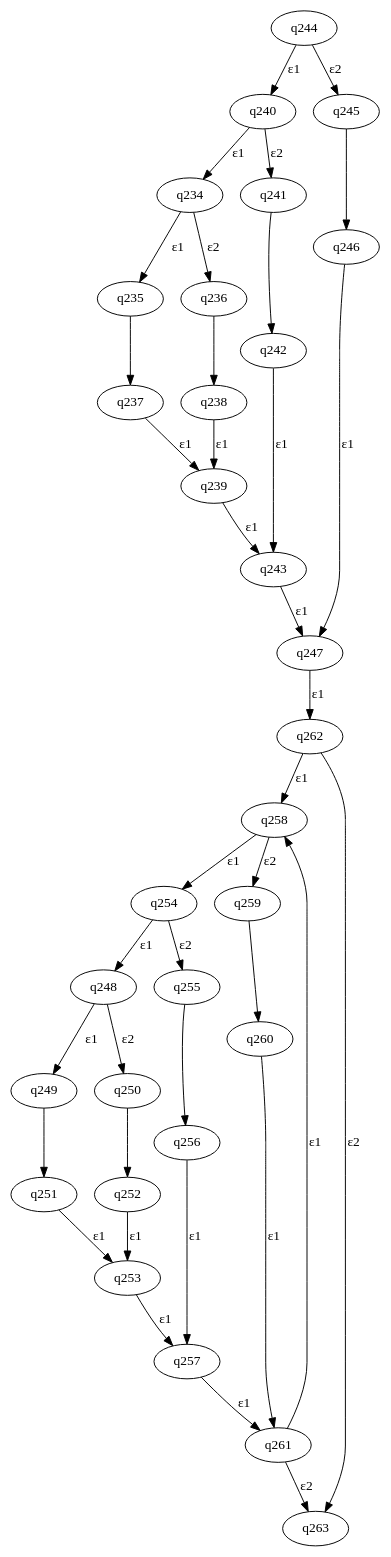
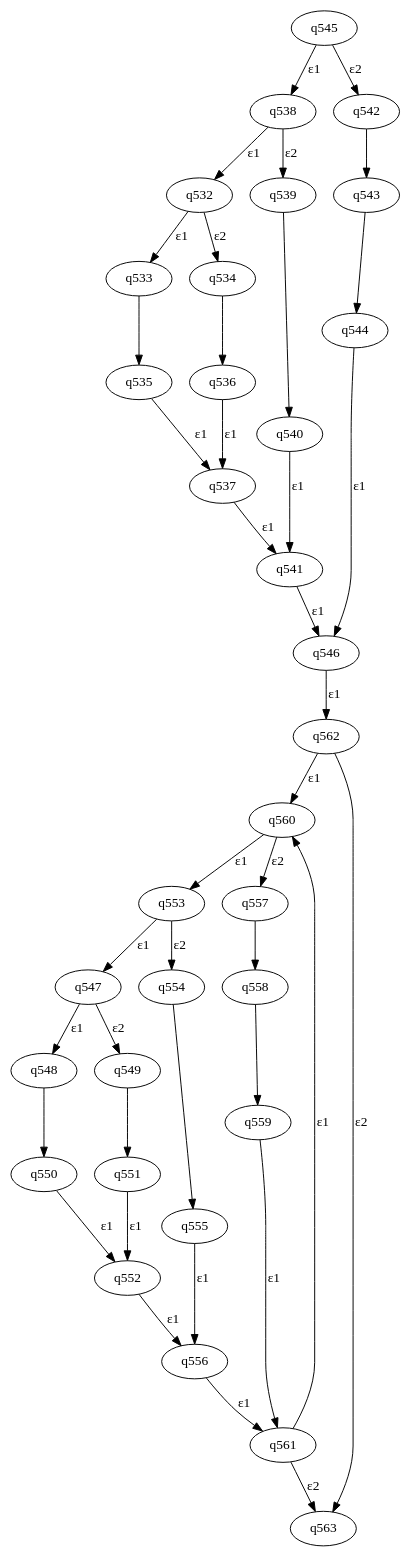
Before and after one commit to JUMPSTONIK/Proyecto---Compiladores: the diagram in AFNwhite.dot, drawn with Graphviz. The commit also changed 38 other files, not shown here.

```diff
--- a/AFNwhite.dot
+++ b/AFNwhite.dot
@@ -1,43 +1,45 @@
 digraph G{
-q234 -> q235 [label="ε1"]
-q234 -> q236 [label="ε2"]
-q235 -> q237 [label="
+q532 -> q533 [label="ε1"]
+q532 -> q534 [label="ε2"]
+q533 -> q535 [label="
 "]
-q236 -> q238 [label="
+q534 -> q536 [label="
 "]
-q237 -> q239 [label="ε1"]
-q238 -> q239 [label="ε1"]
-q240 -> q234 [label="ε1"]
-q240 -> q241 [label="ε2"]
-q241 -> q242 [label="	"]
-q242 -> q243 [label="ε1"]
-q239 -> q243 [label="ε1"]
-q244 -> q240 [label="ε1"]
-q244 -> q245 [label="ε2"]
-q245 -> q246 [label=" "]
-q246 -> q247 [label="ε1"]
-q243 -> q247 [label="ε1"]
-q248 -> q249 [label="ε1"]
-q248 -> q250 [label="ε2"]
-q249 -> q251 [label="
+q535 -> q537 [label="ε1"]
+q536 -> q537 [label="ε1"]
+q538 -> q532 [label="ε1"]
+q538 -> q539 [label="ε2"]
+q539 -> q540 [label="	"]
+q540 -> q541 [label="ε1"]
+q537 -> q541 [label="ε1"]
+q542 -> q543 [label=" "]
+q543 -> q544 [label=" "]
+q545 -> q538 [label="ε1"]
+q545 -> q542 [label="ε2"]
+q544 -> q546 [label="ε1"]
+q541 -> q546 [label="ε1"]
+q547 -> q548 [label="ε1"]
+q547 -> q549 [label="ε2"]
+q548 -> q550 [label="
 "]
-q250 -> q252 [label="
+q549 -> q551 [label="
 "]
-q251 -> q253 [label="ε1"]
-q252 -> q253 [label="ε1"]
-q254 -> q248 [label="ε1"]
-q254 -> q255 [label="ε2"]
-q255 -> q256 [label="	"]
-q256 -> q257 [label="ε1"]
-q253 -> q257 [label="ε1"]
-q258 -> q254 [label="ε1"]
-q258 -> q259 [label="ε2"]
-q259 -> q260 [label=" "]
-q260 -> q261 [label="ε1"]
-q257 -> q261 [label="ε1"]
-q262 -> q258 [label="ε1"]
-q262 -> q263 [label="ε2"]
-q261 -> q258 [label="ε1"]
-q261 -> q263 [label="ε2"]
-q247 -> q262 [label="ε1"]
+q550 -> q552 [label="ε1"]
+q551 -> q552 [label="ε1"]
+q553 -> q547 [label="ε1"]
+q553 -> q554 [label="ε2"]
+q554 -> q555 [label="	"]
+q555 -> q556 [label="ε1"]
+q552 -> q556 [label="ε1"]
+q557 -> q558 [label=" "]
+q558 -> q559 [label=" "]
+q560 -> q553 [label="ε1"]
+q560 -> q557 [label="ε2"]
+q559 -> q561 [label="ε1"]
+q556 -> q561 [label="ε1"]
+q562 -> q560 [label="ε1"]
+q562 -> q563 [label="ε2"]
+q561 -> q560 [label="ε1"]
+q561 -> q563 [label="ε2"]
+q546 -> q562 [label="ε1"]
 }
```
